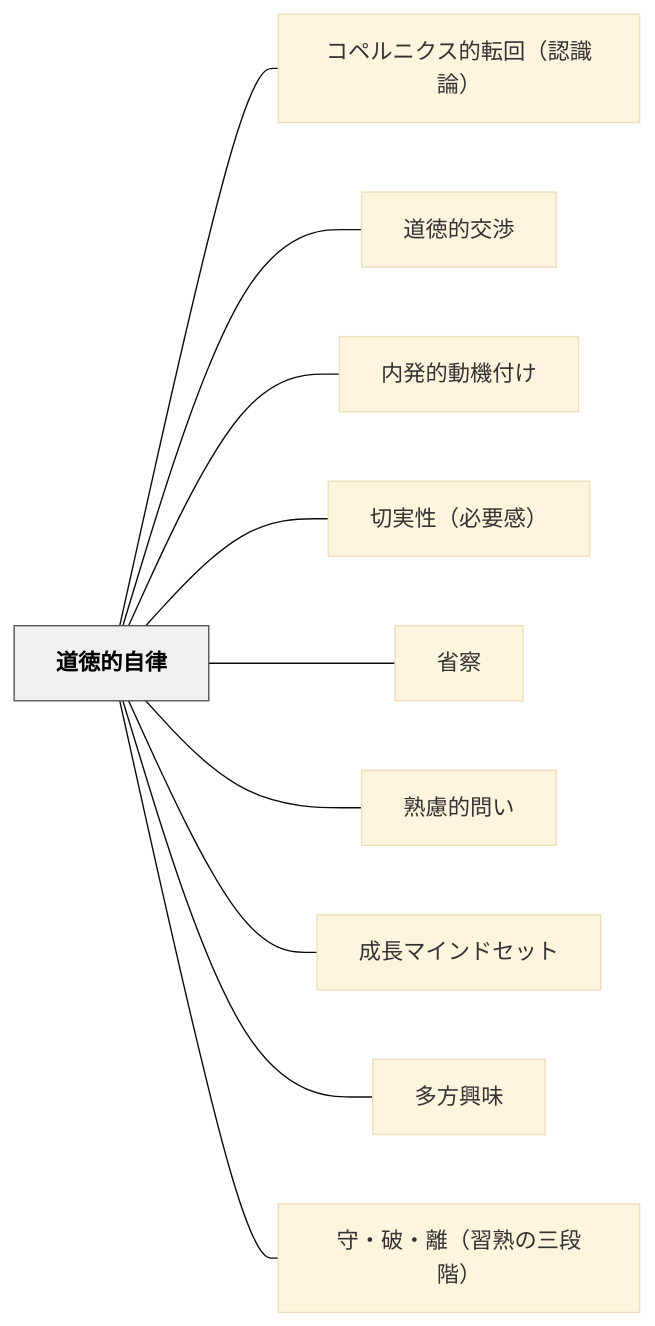
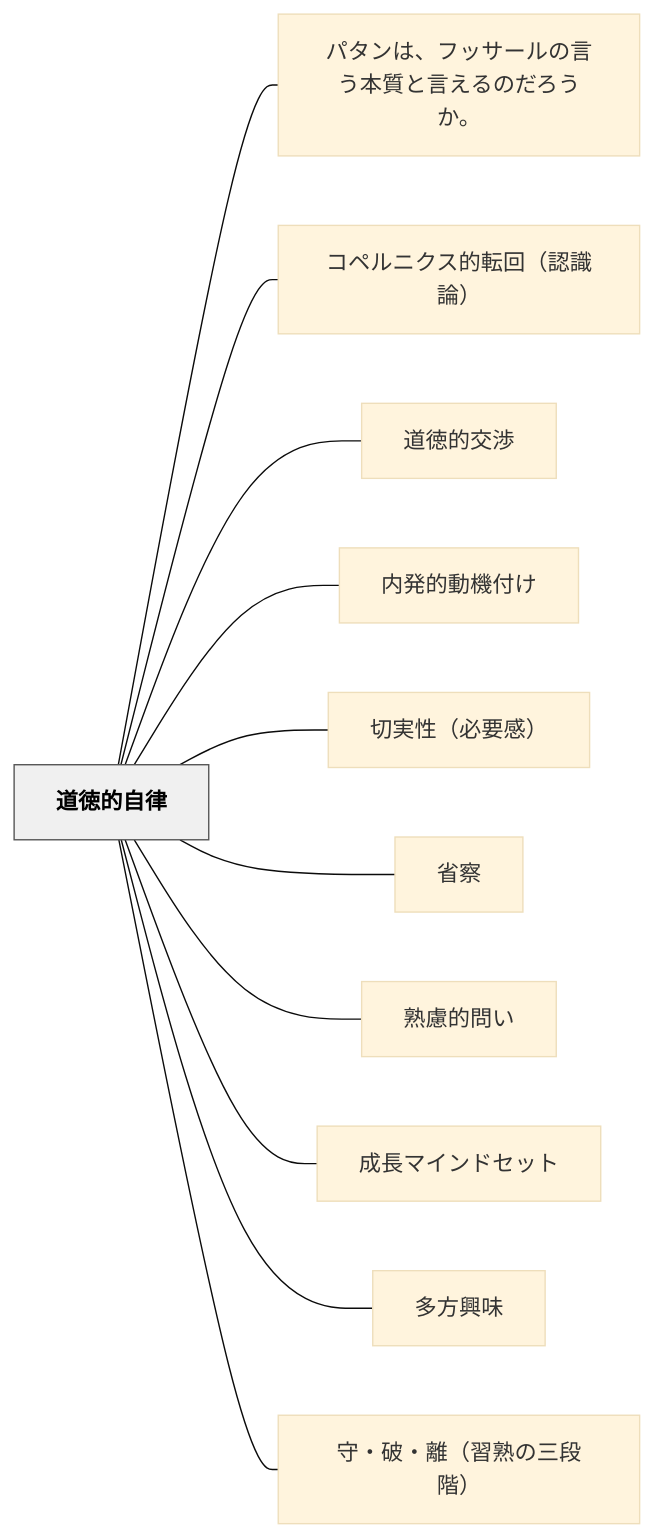
The diagram in content/パタン/道徳的自律.md (unknownthings-ed-patterns/unknownthings-ed-patterns), drawn with Mermaid (base theme) before and after one commit. The commit also changed other lines of this file and 5 other files, not shown here.

````diff
--- a/content/パタン/道徳的自律.md
+++ b/content/パタン/道徳的自律.md
@@ -103,26 +104,28 @@
 ```mermaid
 flowchart LR
     ne98193e5beb3e79a84e887aae5be8b["道徳的自律"]
+    ne38391e382bfe383b3e381afe38081e38395e38383e382b5e383bce383abe381aee8a880e38186e69cace8b3aae381a8e8a880e38188e3828be381aee381a0e3828de38186e3818be38082["パタンは、フッサールの言う本質と言えるのだろうか。"]
     ne382b3e3839ae383abe3838be382afe382b9e79a84e8bba2e59b9eefbc88e8aa8de8ad98e8ab96efbc89["コペルニクス的転回（認識論）"]
     ne98193e5beb3e79a84e4baa4e6b889["道徳的交渉"]
     ne58685e799bae79a84e58b95e6a99fe4bb98e38191["内発的動機付け"]
     ne58887e5ae9fe680a7efbc88e5bf85e8a681e6849fefbc89["切実性（必要感）"]
     ne79c81e5af9f["省察"]
     ne7869fe685aee79a84e5958fe38184["熟慮的問い"]
     ne68890e995b7e3839ee382a4e383b3e38389e382bbe38383e38388["成長マインドセット"]
     ne5a49ae696b9e88888e591b3["多方興味"]
     ne5ae88e383bbe7a0b4e383bbe99ba2efbc88e7bf92e7869fe381aee4b889e6aeb5e99a8eefbc89["守・破・離（習熟の三段階）"]
 
+    ne98193e5beb3e79a84e887aae5be8b --- ne38391e382bfe383b3e381afe38081e38395e38383e382b5e383bce383abe381aee8a880e38186e69cace8b3aae381a8e8a880e38188e3828be381aee381a0e3828de38186e3818be38082
     ne98193e5beb3e79a84e887aae5be8b --- ne382b3e3839ae383abe3838be382afe382b9e79a84e8bba2e59b9eefbc88e8aa8de8ad98e8ab96efbc89
     ne98193e5beb3e79a84e887aae5be8b --- ne98193e5beb3e79a84e4baa4e6b889
     ne98193e5beb3e79a84e887aae5be8b --- ne58685e799bae79a84e58b95e6a99fe4bb98e38191
     ne98193e5beb3e79a84e887aae5be8b --- ne58887e5ae9fe680a7efbc88e5bf85e8a681e6849fefbc89
     ne98193e5beb3e79a84e887aae5be8b --- ne79c81e5af9f
     ne98193e5beb3e79a84e887aae5be8b --- ne7869fe685aee79a84e5958fe38184
     ne98193e5beb3e79a84e887aae5be8b --- ne68890e995b7e3839ee382a4e383b3e38389e382bbe38383e38388
     ne98193e5beb3e79a84e887aae5be8b --- ne5a49ae696b9e88888e591b3
     ne98193e5beb3e79a84e887aae5be8b --- ne5ae88e383bbe7a0b4e383bbe99ba2efbc88e7bf92e7869fe381aee4b889e6aeb5e99a8eefbc89
 
     classDef hub fill:#f0f0f0,stroke:#555,color:#000,font-weight:bold
     class ne98193e5beb3e79a84e887aae5be8b hub
 ```
````
